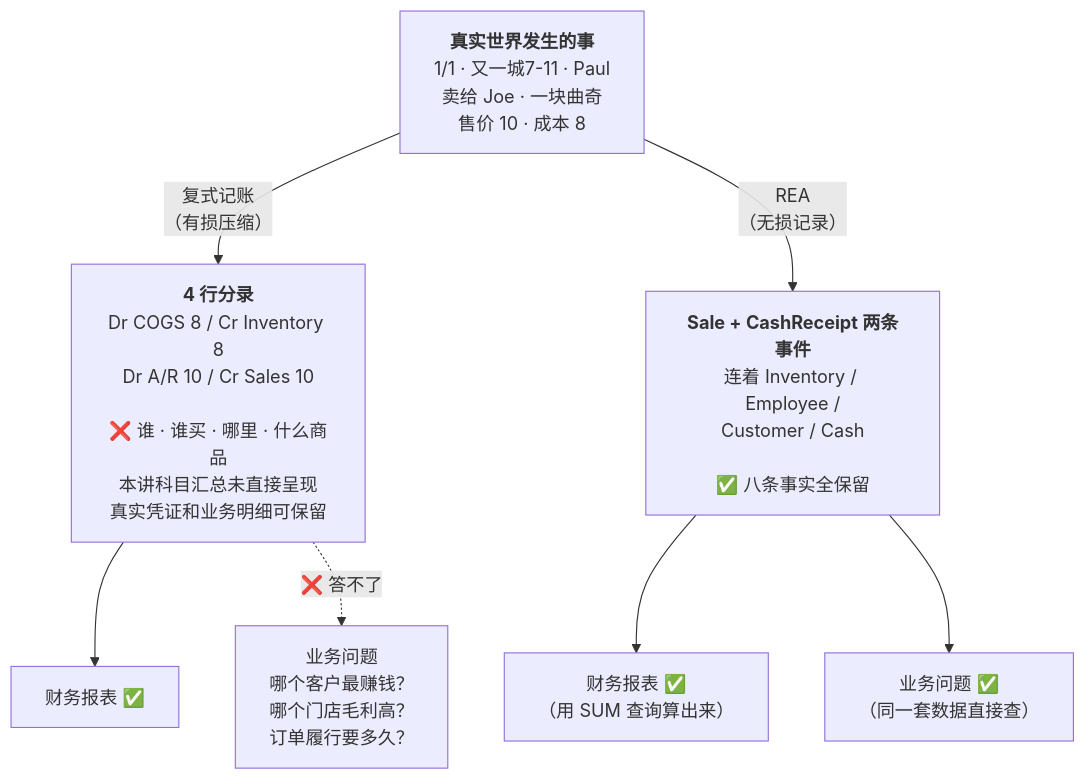
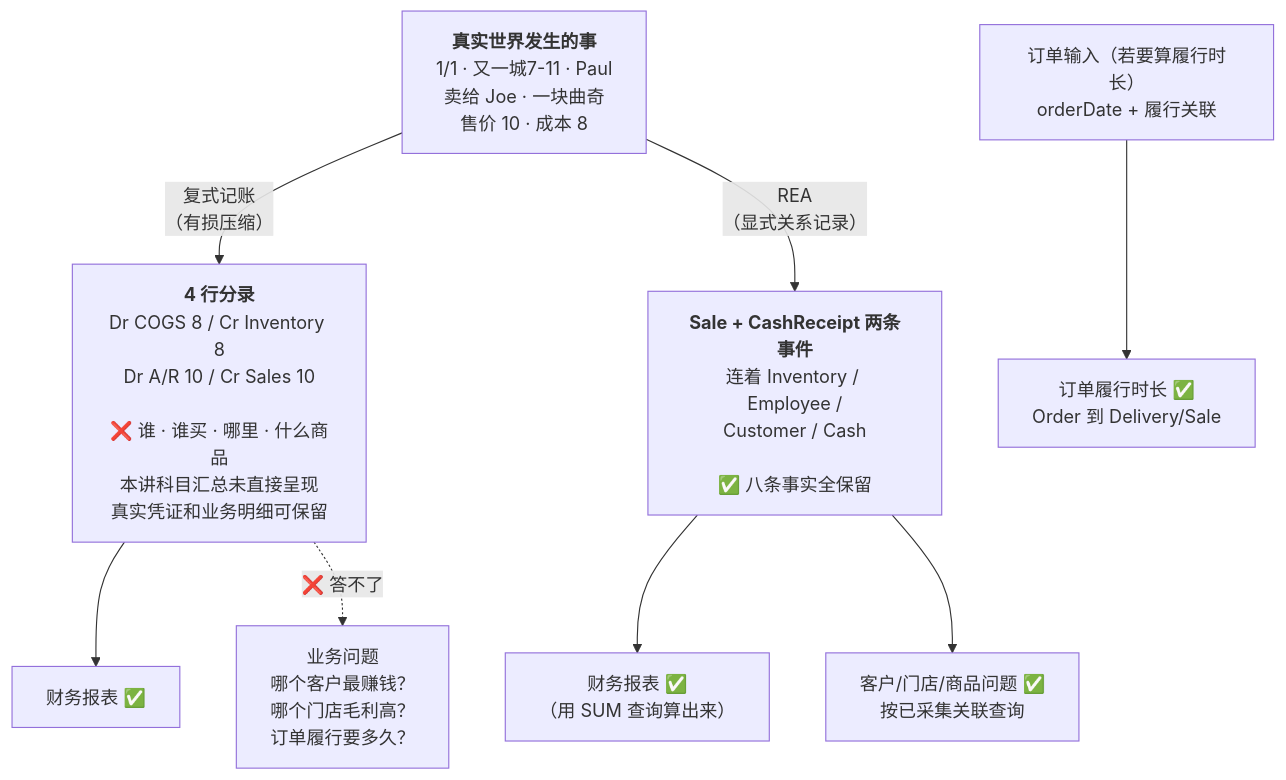
One commit to CercaTrovato/cityu-ai-course-notes changed the eighth of 9 diagrams in AC6761_Artificial_Intelligence_Accounting/notes/M04-REA会计模型.md. Above: the diagram before and after it, drawn with Mermaid. The commit also changed other lines of this file and 224 other files, not shown here.

First line of the commit message:
完善五门课图文可读性并更新仓库首页

````diff
--- a/AC6761_Artificial_Intelligence_Accounting/notes/M04-REA会计模型.md
+++ b/AC6761_Artificial_Intelligence_Accounting/notes/M04-REA会计模型.md
@@ -3437,12 +3728,14 @@
 ```mermaid
 flowchart TD
     W["<b>真实世界发生的事</b><br/>1/1 · 又一城7-11 · Paul<br/>卖给 Joe · 一块曲奇<br/>售价 10 · 成本 8"]
+    O["订单输入（若要算履行时长）<br/>orderDate + 履行关联"]
 
     W -->|"复式记账<br/>（有损压缩）"| DE["<b>4 行分录</b><br/>Dr COGS 8 / Cr Inventory 8<br/>Dr A/R 10 / Cr Sales 10<br/><br/>❌ 谁 · 谁买 · 哪里 · 什么商品<br/>本讲科目汇总未直接呈现<br/>真实凭证和业务明细可保留"]
-    W -->|"REA<br/>（无损记录）"| REA["<b>Sale + CashReceipt 两条事件</b><br/>连着 Inventory / Employee /<br/>Customer / Cash<br/><br/>✅ 八条事实全保留"]
+    W -->|"REA<br/>（显式关系记录）"| REA["<b>Sale + CashReceipt 两条事件</b><br/>连着 Inventory / Employee /<br/>Customer / Cash<br/><br/>✅ 八条事实全保留"]
 
     DE --> FS1["财务报表 ✅"]
     DE -.->|"❌ 答不了"| BQ["业务问题<br/>哪个客户最赚钱？<br/>哪个门店毛利高？<br/>订单履行要多久？"]
     REA --> FS2["财务报表 ✅<br/>（用 SUM 查询算出来）"]
-    REA --> BQ2["业务问题 ✅<br/>（同一套数据直接查）"]
+    REA --> BQ2["客户/门店/商品问题 ✅<br/>按已采集关联查询"]
+    O --> BQ3["订单履行时长 ✅<br/>Order 到 Delivery/Sale"]
 ```
````
